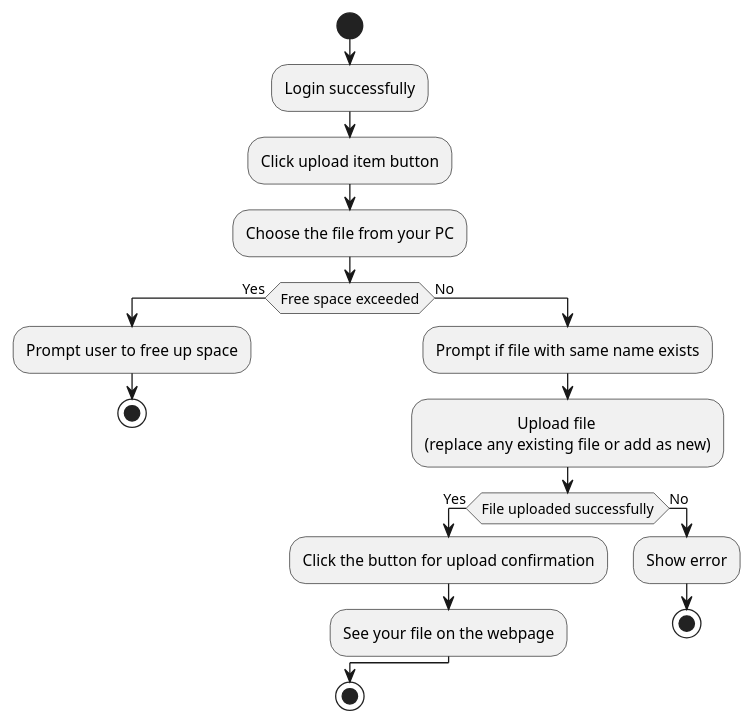
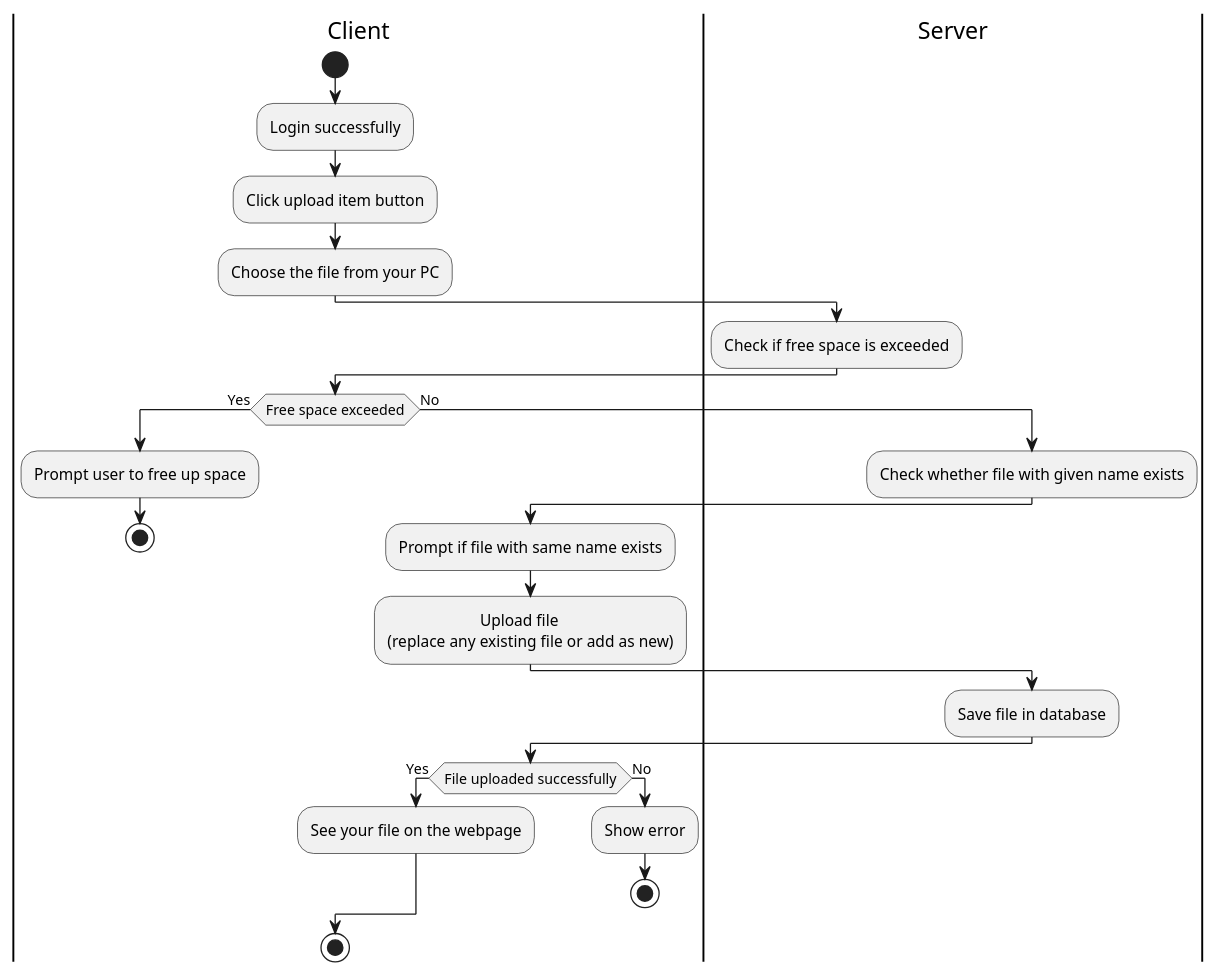
One commit to hakanyildizhan/pwr-22-spring-css-ii-st-gpp changed the diagram in docs/activity-diagrams/upload-file.puml. Above: the diagram before and after it, drawn with PlantUML. The commit also changed 9 other files, not shown here.

Commit message:
Correct the activity diagrams

```diff
--- a/docs/activity-diagrams/upload-file.puml
+++ b/docs/activity-diagrams/upload-file.puml
@@ -1,26 +1,35 @@
 @startuml Upload File
+|Client|
 start
 :Login successfully;
 :Click upload item button;
 :Choose the file from your PC;
+|Server|
+:Check if free space is exceeded;
+|Client|
 if (Free space exceeded) then
  ->Yes;
  :Prompt user to free up space;
  stop
 else
  ->No;
+ |Server|
+ :Check whether file with given name exists;
+ |Client|
  :Prompt if file with same name exists;
  :                       Upload file 
  (replace any existing file or add as new);
+ |Server|
+ :Save file in database;
+ |Client|
  if (File uploaded successfully) then
   ->Yes;
-  :Click the button for upload confirmation;
   :See your file on the webpage;
  else
   ->No;
   :Show error;
   stop
  endif
 endif
 stop
 @enduml
```
